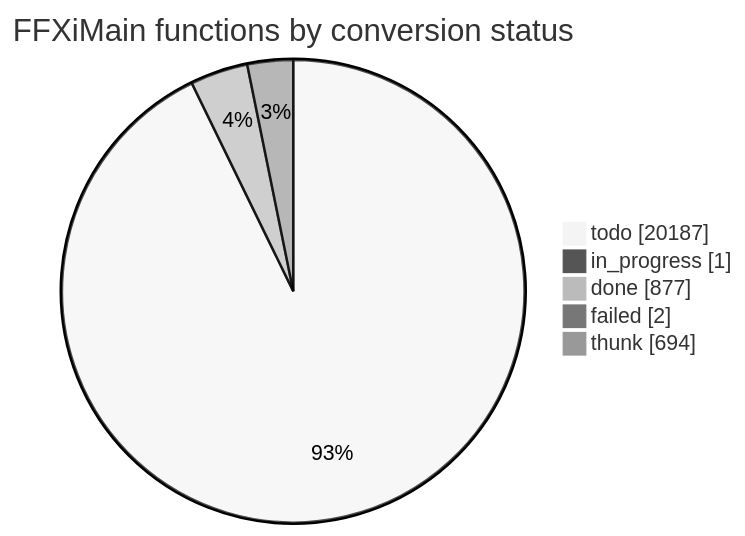
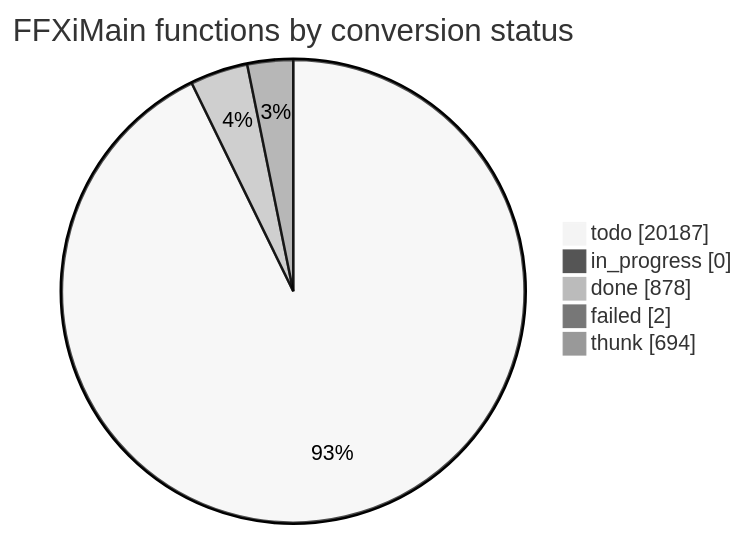
The diagram in docs/cow/STATUS.md (cowrevenge/cow_kuluu_xi_anything), drawn with Mermaid (neutral theme) before and after one commit. The commit also changed other lines of this file and 9 other files, not shown here.

````diff
--- a/docs/cow/STATUS.md
+++ b/docs/cow/STATUS.md
@@ -18,9 +18,9 @@
 ```mermaid
 pie showData
     title FFXiMain functions by conversion status
     "todo" : 20187
-    "in_progress" : 1
-    "done" : 877
+    "in_progress" : 0
+    "done" : 878
     "failed" : 2
     "thunk" : 694
 ```
````
